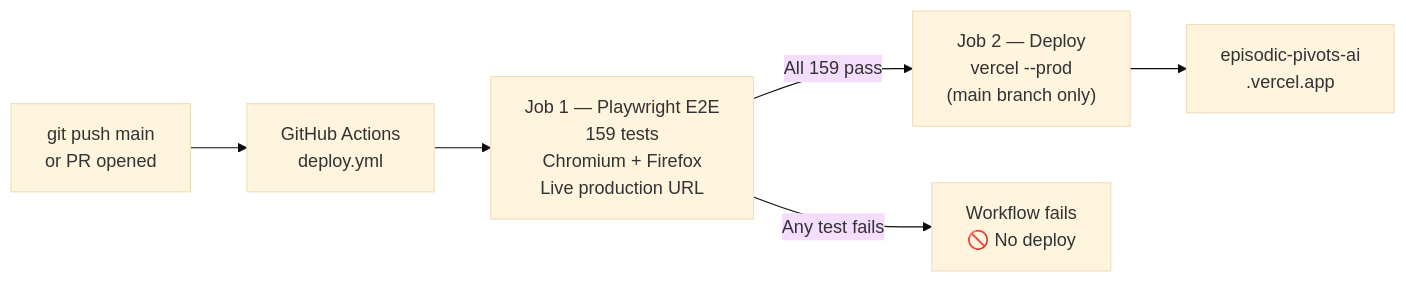
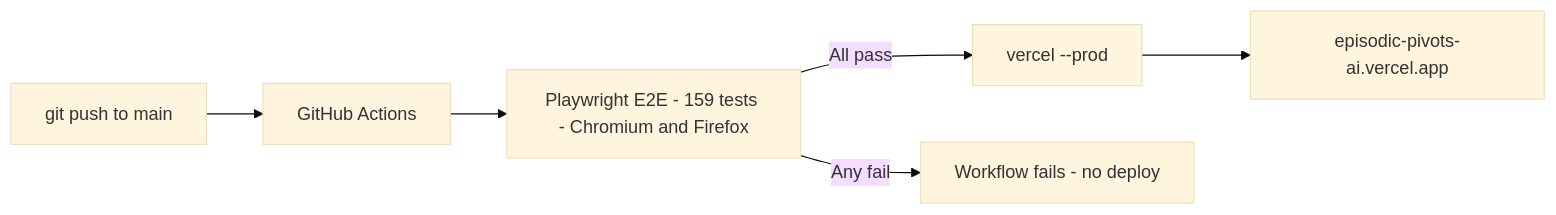
One commit to jovmlads/episodic-pivots-ai changed the fourth of 4 diagrams in README.md. Above: the diagram before and after it, drawn with Mermaid (base theme). The commit also changed other lines of this file, not shown here.

Commit message:
docs: fix Mermaid diagrams - remove special chars and invalid syntax

````diff
--- a/README.md
+++ b/README.md
@@ -535,8 +529,8 @@
 ```mermaid
 flowchart LR
-    A["git push main\nor PR opened"] --> B["GitHub Actions\ndeploy.yml"]
-    B --> C["Job 1 — Playwright E2E\n159 tests\nChromium + Firefox\nLive production URL"]
-    C -- "All 159 pass" --> D["Job 2 — Deploy\nvercel --prod\n(main branch only)"]
-    C -- "Any test fails" --> E["Workflow fails\n🚫 No deploy"]
-    D --> F["episodic-pivots-ai\n.vercel.app"]
+    A[git push to main] --> B[GitHub Actions]
+    B --> C[Playwright E2E - 159 tests - Chromium and Firefox]
+    C -->|All pass| D[vercel --prod]
+    C -->|Any fail| E[Workflow fails - no deploy]
+    D --> F[episodic-pivots-ai.vercel.app]
 ```
````
